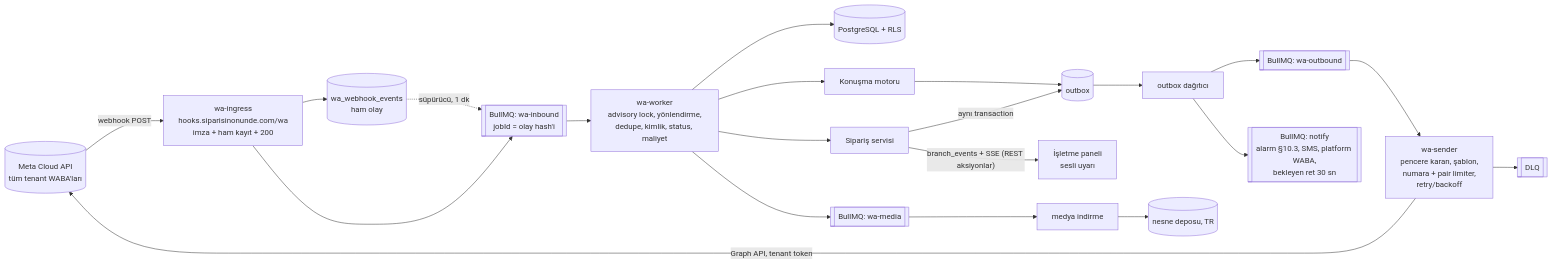
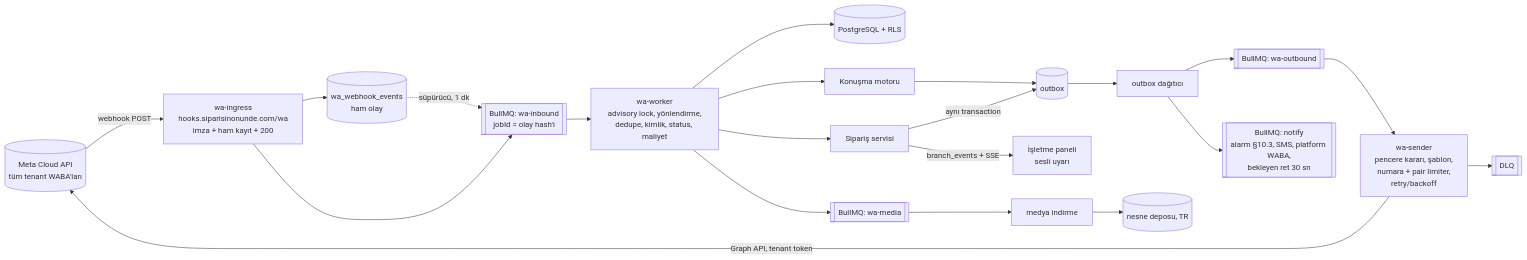
Before and after one commit to eraycaylak/siparisinonunde: the fourth of 4 diagrams in docs/02-whatsapp-entegrasyonu.md, drawn with Mermaid. The commit also changed other lines of this file and 5 other files, not shown here.

````diff
--- a/docs/02-whatsapp-entegrasyonu.md
+++ b/docs/02-whatsapp-entegrasyonu.md
@@ -691,21 +691,21 @@
 ```mermaid
 flowchart LR
   Meta[("Meta Cloud API<br/>tüm tenant WABA'ları")] -- webhook POST --> ING["wa-ingress<br/>hooks.siparisinonunde.com/wa<br/>imza + ham kayıt + 200"]
   ING --> RAW[(wa_webhook_events<br/>ham olay)]
   ING --> Q1[["BullMQ: wa-inbound<br/>jobId = olay hash'i"]]
   RAW -. süpürücü, 1 dk .-> Q1
   Q1 --> WK[wa-worker<br/>advisory lock, yönlendirme,<br/>dedupe, kimlik, status, maliyet]
   WK --> DB[(PostgreSQL + RLS)]
   WK --> ENG[Konuşma motoru]
   WK --> ORD[Sipariş servisi]
   ORD -- aynı transaction --> OBX[(outbox)]
   ENG --> OBX
   OBX --> DSP[outbox dağıtıcı]
   DSP --> Q2[["BullMQ: wa-outbound"]]
   Q2 --> SND[wa-sender<br/>pencere kararı, şablon,<br/>numara + pair limiter,<br/>retry/backoff]
   SND -- Graph API, tenant token --> Meta
   SND --> DLQ[[DLQ]]
   WK --> Q3[["BullMQ: wa-media"]] --> MED[medya indirme] --> OBJ[(nesne deposu, TR)]
-  ORD -- "branch_events + SSE (REST aksiyonlar)" --> PANEL[İşletme paneli<br/>sesli uyarı]
+  ORD -- "branch_events + SSE" --> PANEL[İşletme paneli<br/>sesli uyarı]
   DSP --> NTF[["BullMQ: notify<br/>alarm §10.3, SMS, platform WABA,<br/>bekleyen ret 30 sn"]]
 ```
````
